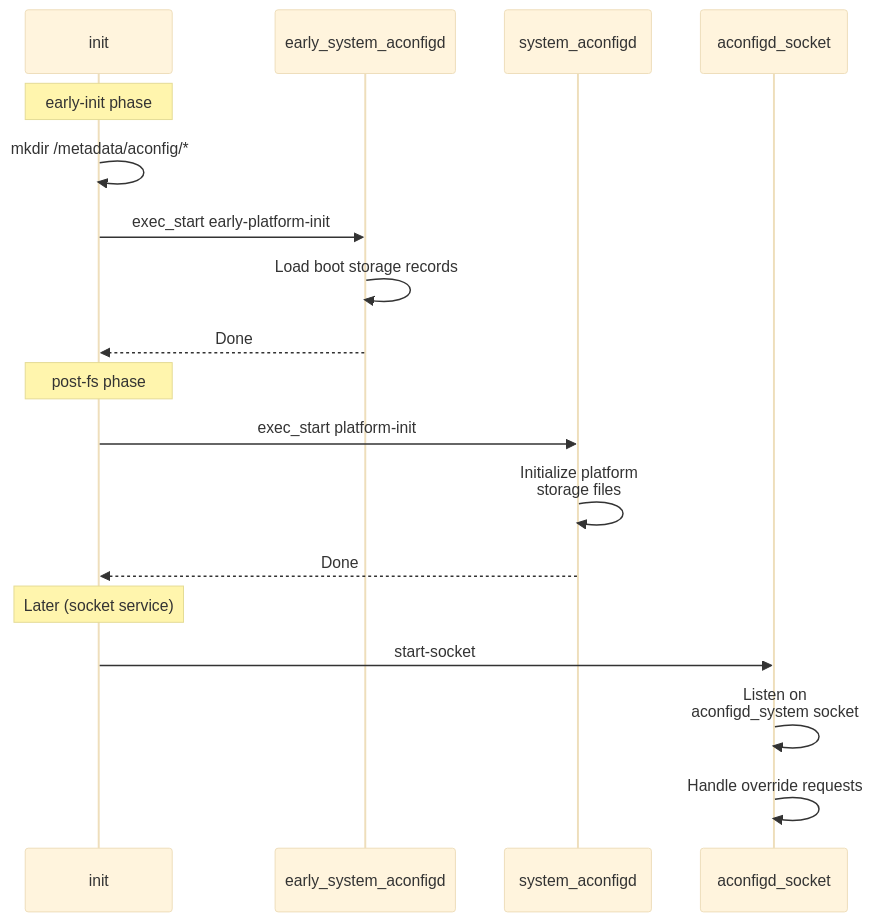
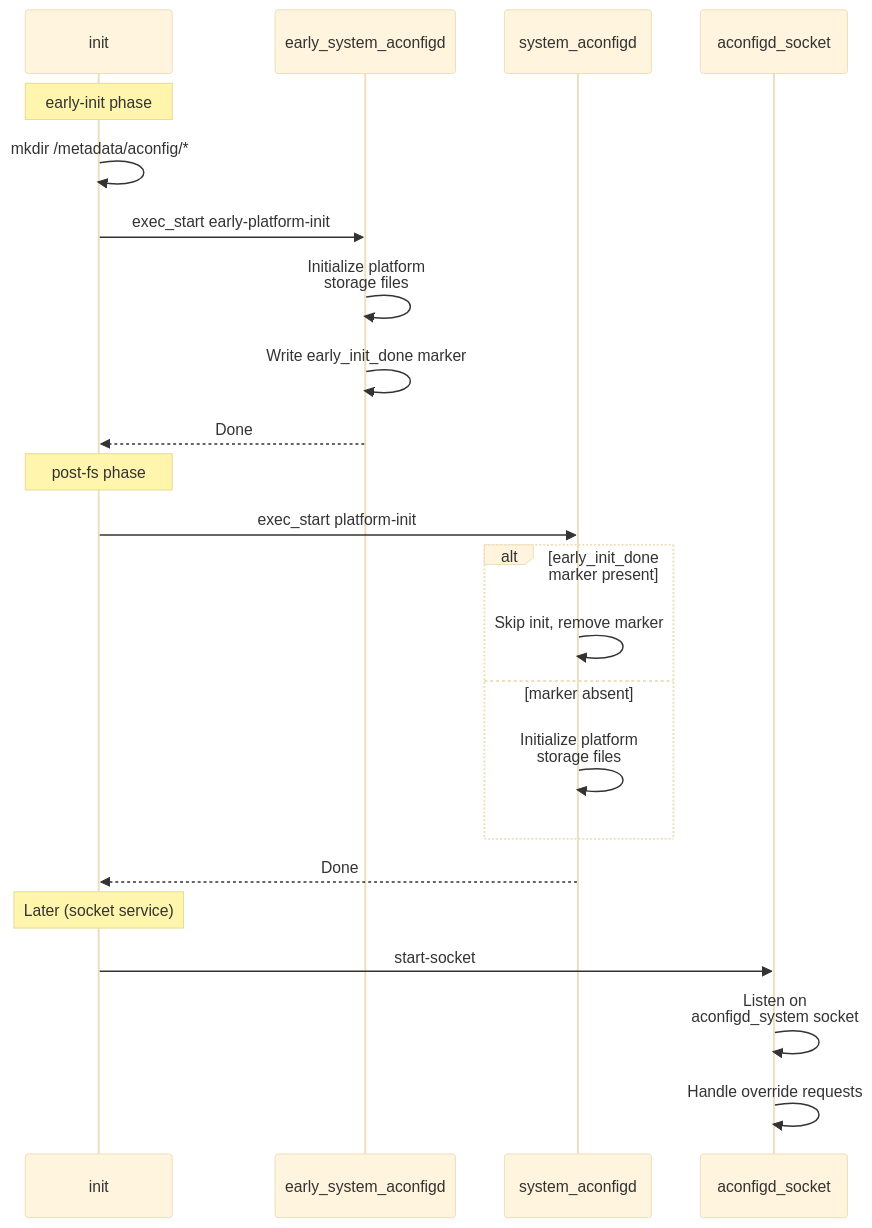
One commit to aospbooks/aosp-internal-book changed the sixth of 12 diagrams in 03-feature-flags.md. Above: the diagram before and after it, drawn with Mermaid (base theme). The commit also changed other lines of this file and 218 other files, not shown here.

````diff
--- a/03-feature-flags.md
+++ b/03-feature-flags.md
@@ -1428,23 +1472,28 @@
 ```mermaid
 sequenceDiagram
     participant Init as init
     participant Early as early_system_aconfigd
     participant AconfigD as system_aconfigd
     participant Socket as aconfigd_socket
 
     Note over Init: early-init phase
     Init->>Init: mkdir /metadata/aconfig/*
     Init->>Early: exec_start early-platform-init
-    Early->>Early: Load boot storage records
+    Early->>Early: Initialize platform<br/>storage files
+    Early->>Early: Write early_init_done marker
     Early-->>Init: Done
 
     Note over Init: post-fs phase
     Init->>AconfigD: exec_start platform-init
-    AconfigD->>AconfigD: Initialize platform<br/>storage files
+    alt early_init_done marker present
+        AconfigD->>AconfigD: Skip init, remove marker
+    else marker absent
+        AconfigD->>AconfigD: Initialize platform<br/>storage files
+    end
     AconfigD-->>Init: Done
 
     Note over Init: Later (socket service)
     Init->>Socket: start-socket
     Socket->>Socket: Listen on<br/>aconfigd_system socket
     Socket->>Socket: Handle override requests
 ```
````
